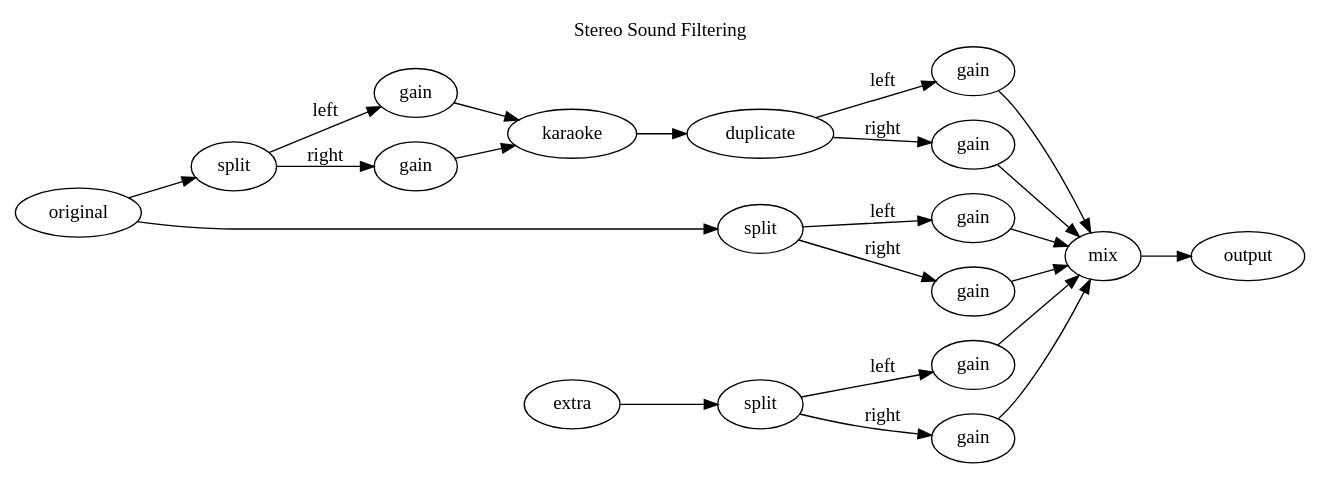
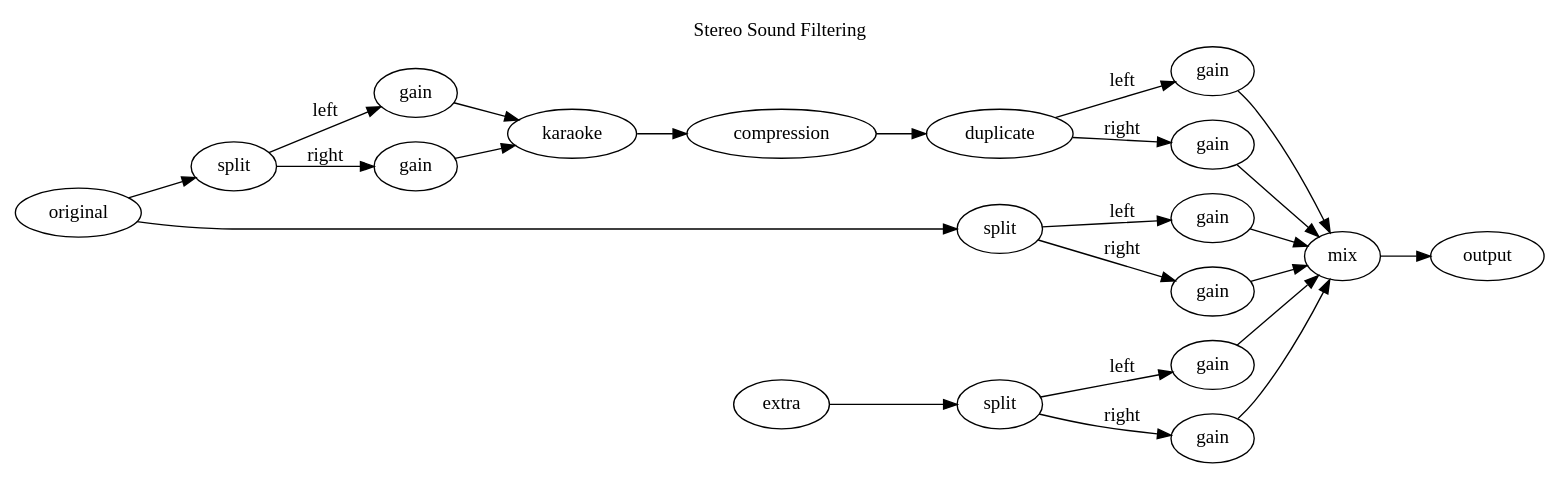
One commit to joeyparrish/upfish changed the diagram in filter-graph-stereo.gv. Above: the diagram before and after it, drawn with Graphviz. The commit also changed 4 other files, not shown here.

Commit message:
Add dynamic volume compression to the input/karaoke

```diff
--- a/filter-graph-stereo.gv
+++ b/filter-graph-stereo.gv
@@ -1,52 +1,54 @@
 digraph {
   label = "Stereo Sound Filtering"
   labelloc = "t"
   rankdir = "LR"
 
   original -> split;
 
   gain0 [label="gain"];
   gain1 [label="gain"];
 
   split -> gain0 [label="left"];
   split -> gain1 [label="right"];
 
   gain0 -> karaoke;
   gain1 -> karaoke;
 
+  karaoke -> compression;
+
   gain2 [label="gain"];
   gain3 [label="gain"];
 
-  karaoke -> duplicate;
+  compression -> duplicate;
   duplicate -> gain2 [label="left"];
   duplicate -> gain3 [label="right"];
 
   gain2 -> mix;
   gain3 -> mix;
 
   split2 [label="split"];
   original -> split2;
 
   gain4 [label="gain"];
   gain5 [label="gain"];
 
   split2 -> gain4 [label="left"];
   split2 -> gain5 [label="right"];
 
   gain4 -> mix;
   gain5 -> mix;
 
   split3 [label="split"];
   extra -> split3;
 
   gain6 [label="gain"];
   gain7 [label="gain"];
 
   split3 -> gain6 [label="left"];
   split3 -> gain7 [label="right"];
 
   gain6 -> mix;
   gain7 -> mix;
 
   mix -> output;
 }
```
